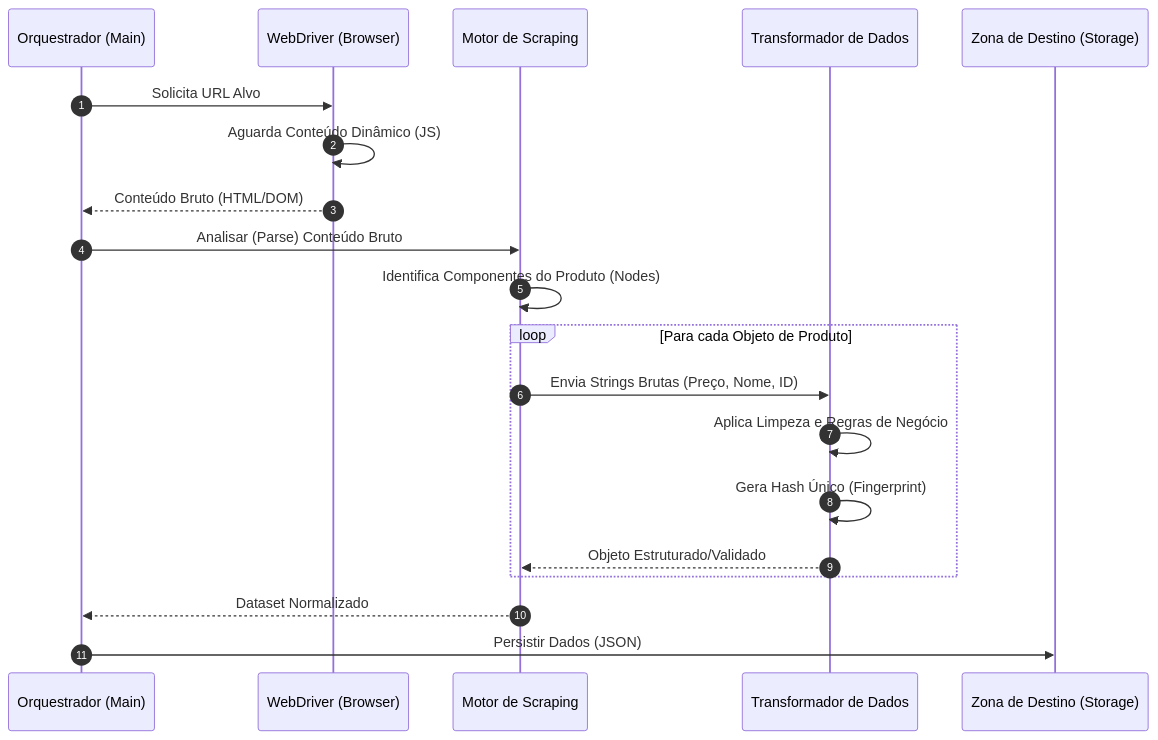
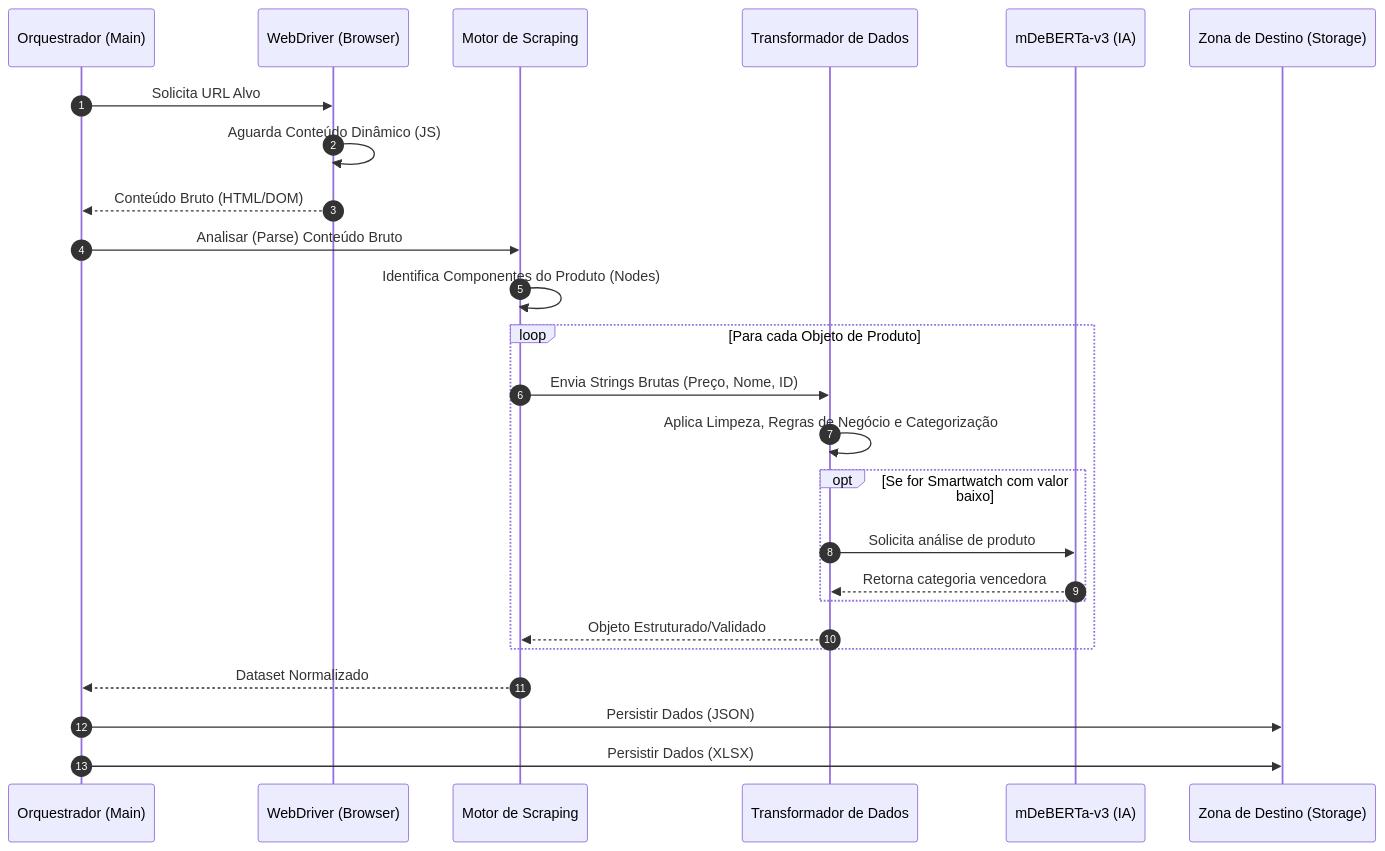
Before and after one commit to mvinis/monitoramento-precos-magalu: the second of 3 diagrams in README.md, drawn with Mermaid. The commit also changed other lines of this file, not shown here.

Commit message:
feat: atualização dos diagramas de flowchart e sequência

````diff
--- a/README.md
+++ b/README.md
@@ -58,24 +60,32 @@
 ```mermaid
 sequenceDiagram
     participant ORQ as Orquestrador (Main)
     participant DRV as WebDriver (Browser)
     participant SCR as Motor de Scraping
     participant TRF as Transformador de Dados
+    participant IA as mDeBERTa-v3 (IA)
     participant STO as Zona de Destino (Storage)
     autonumber
 
     ORQ->>DRV: Solicita URL Alvo
     DRV->>DRV: Aguarda Conteúdo Dinâmico (JS)
     DRV-->>ORQ: Conteúdo Bruto (HTML/DOM)
     ORQ->>SCR: Analisar (Parse) Conteúdo Bruto
     SCR->>SCR: Identifica Componentes do Produto (Nodes)
     loop Para cada Objeto de Produto
         SCR->>TRF: Envia Strings Brutas (Preço, Nome, ID)
-        TRF->>TRF: Aplica Limpeza e Regras de Negócio
-        TRF->>TRF: Gera Hash Único (Fingerprint)
+        TRF->>TRF: Aplica Limpeza, Regras de Negócio e Categorização
+
+         %% Início da condição "if"
+        opt Se for Smartwatch com valor baixo
+            TRF->>IA: Solicita análise de produto
+            IA-->>TRF: Retorna categoria vencedora
+        end
+
         TRF-->>SCR: Objeto Estruturado/Validado
     end
 
     SCR-->>ORQ: Dataset Normalizado
     ORQ->>STO: Persistir Dados (JSON)
+    ORQ->>STO: Persistir Dados (XLSX)
 ```
````
